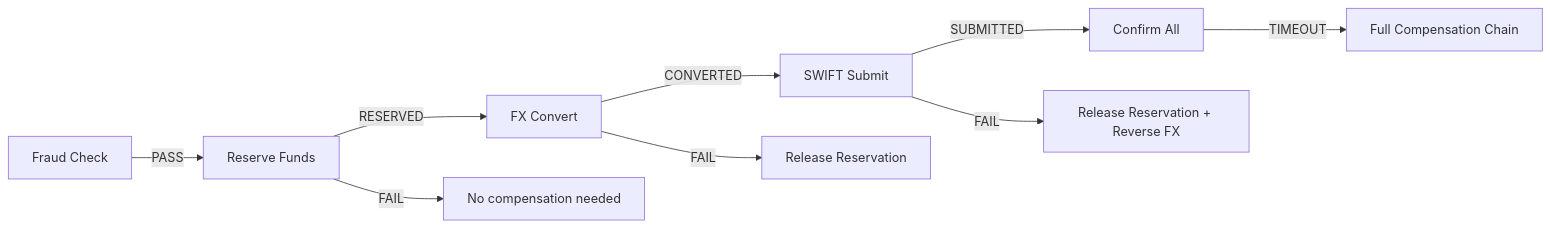
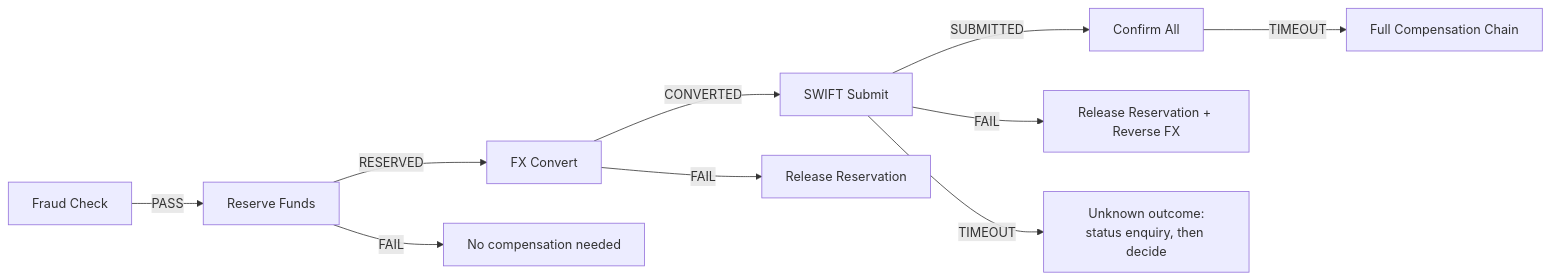
One commit to mostafasroor1983/fintech-engineering-mastery changed the third of 3 diagrams in docs/content/tracks/track-03-concurrency/lesson-27-concurrency-patterns-fintech/index.md. Above: the diagram before and after it, drawn with Mermaid. The commit also changed other lines of this file and 345 other files, not shown here.

````diff
--- a/docs/content/tracks/track-03-concurrency/lesson-27-concurrency-patterns-fintech/index.md
+++ b/docs/content/tracks/track-03-concurrency/lesson-27-concurrency-patterns-fintech/index.md
@@ -861,12 +890,13 @@
 ```mermaid
 flowchart LR
     A[Fraud Check] -->|PASS| B[Reserve Funds]
     B -->|RESERVED| C[FX Convert]
     C -->|CONVERTED| D[SWIFT Submit]
     D -->|SUBMITTED| E[Confirm All]
 
     B -->|FAIL| B2[No compensation needed]
     C -->|FAIL| C2[Release Reservation]
     D -->|FAIL| D2[Release Reservation + Reverse FX]
+    D -->|TIMEOUT| D3[Unknown outcome:<br/>status enquiry, then decide]
     E -->|TIMEOUT| E2[Full Compensation Chain]
 ```
````
